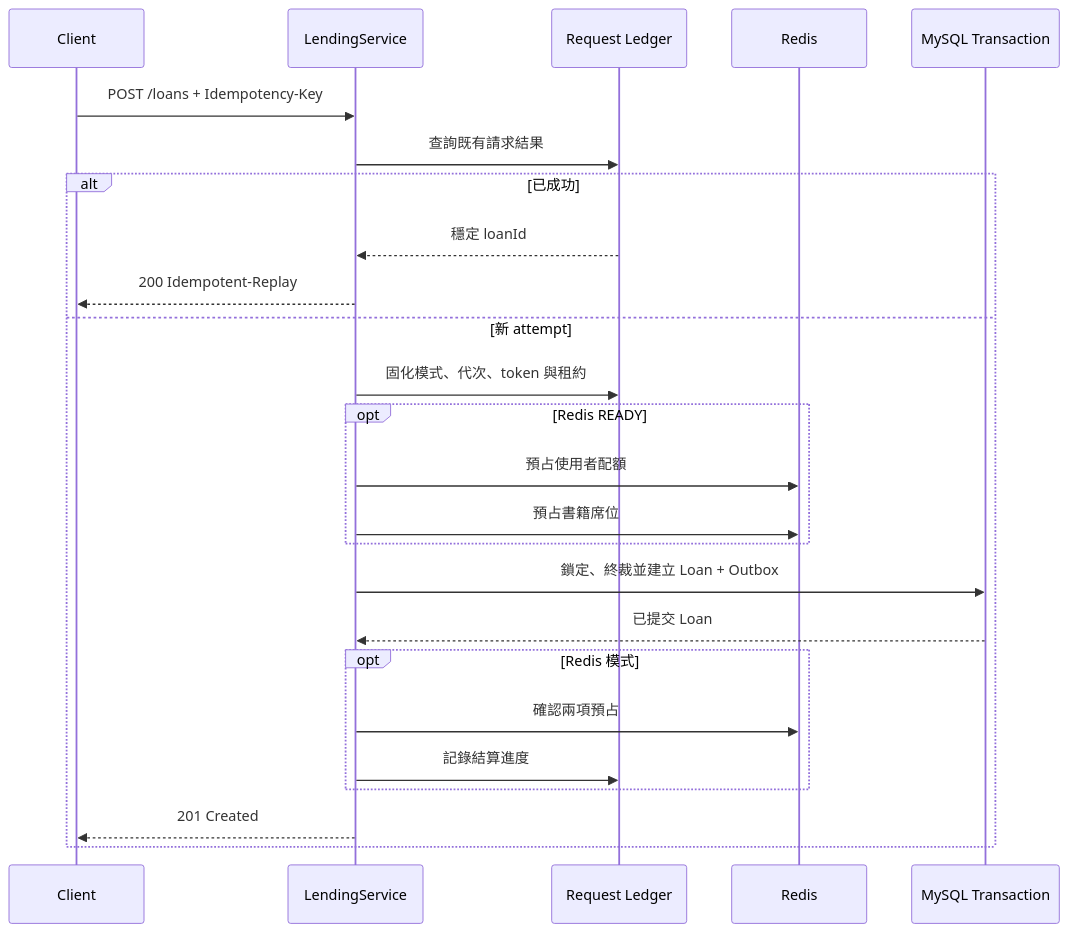
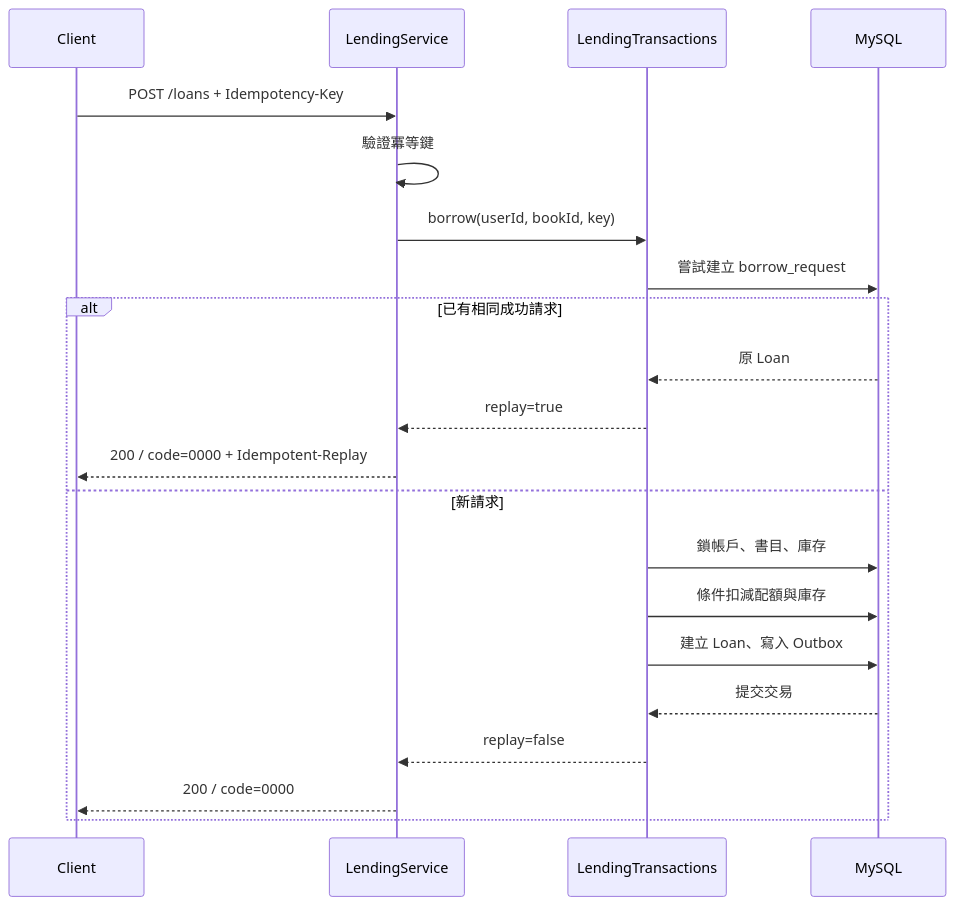
Before and after one commit to ChovyCao2025/e-library-service: the diagram in docs/architecture.md, drawn with Mermaid. The commit also changed other lines of this file and 135 other files, not shown here.

Commit message:
refactor: simplify consistency and outbox architecture

````diff
--- a/docs/architecture.md
+++ b/docs/architecture.md
@@ -50,28 +57,24 @@
 ```mermaid
 sequenceDiagram
     participant C as Client
     participant A as LendingService
-    participant L as Request Ledger
-    participant R as Redis
-    participant T as MySQL Transaction
+    participant T as LendingTransactions
+    participant D as MySQL
 
     C->>A: POST /loans + Idempotency-Key
-    A->>L: 查詢既有請求結果
-    alt 已成功
-        L-->>A: 穩定 loanId
-        A-->>C: 200 Idempotent-Replay
-    else 新 attempt
-        A->>L: 固化模式、代次、token 與租約
-        opt Redis READY
-            A->>R: 預占使用者配額
-            A->>R: 預占書籍席位
-        end
-        A->>T: 鎖定、終裁並建立 Loan + Outbox
-        T-->>A: 已提交 Loan
-        opt Redis 模式
-            A->>R: 確認兩項預占
-            A->>L: 記錄結算進度
-        end
-        A-->>C: 201 Created
+    A->>A: 驗證冪等鍵
+    A->>T: borrow(userId, bookId, key)
+    T->>D: 嘗試建立 borrow_request
+    alt 已有相同成功請求
+        D-->>T: 原 Loan
+        T-->>A: replay=true
+        A-->>C: 200 / code=0000 + Idempotent-Replay
+    else 新請求
+        T->>D: 鎖帳戶、書目、庫存
+        T->>D: 條件扣減配額與庫存
+        T->>D: 建立 Loan、寫入 Outbox
+        D-->>T: 提交交易
+        T-->>A: replay=false
+        A-->>C: 200 / code=0000
     end
 ```
````
